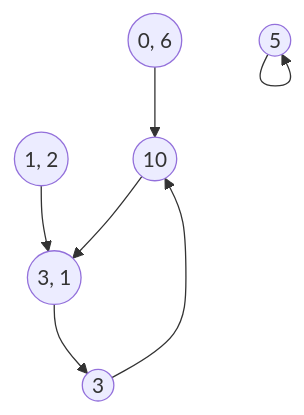
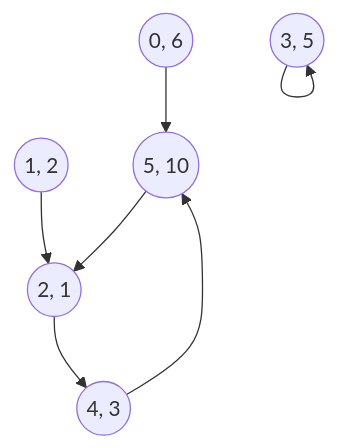
The diagram in School/Quantum/Quantum Computing fot Computer Scientists/3. The Leap from Classical to Quantum.md (MoisesAdame/obsidian-notes), drawn with Mermaid before and after one commit. The commit also changed other lines of this file, not shown here.

````diff
--- a/School/Quantum/Quantum Computing fot Computer Scientists/3. The Leap from Classical to Quantum.md
+++ b/School/Quantum/Quantum Computing fot Computer Scientists/3. The Leap from Classical to Quantum.md
@@ -9,16 +9,16 @@
 ```mermaid
 graph TD;
     A((0, 6))
     B((1, 2))
-    C((3, 1))
-    D((5))
-    E((3))
-    F((10))
+    C((2, 1))
+    D((3, 5))
+    E((4, 3))
+    F((5, 10))
     
     A --> F
     B --> C
     C --> E
     D --> D
     E --> F
     F --> C
 ```
````
